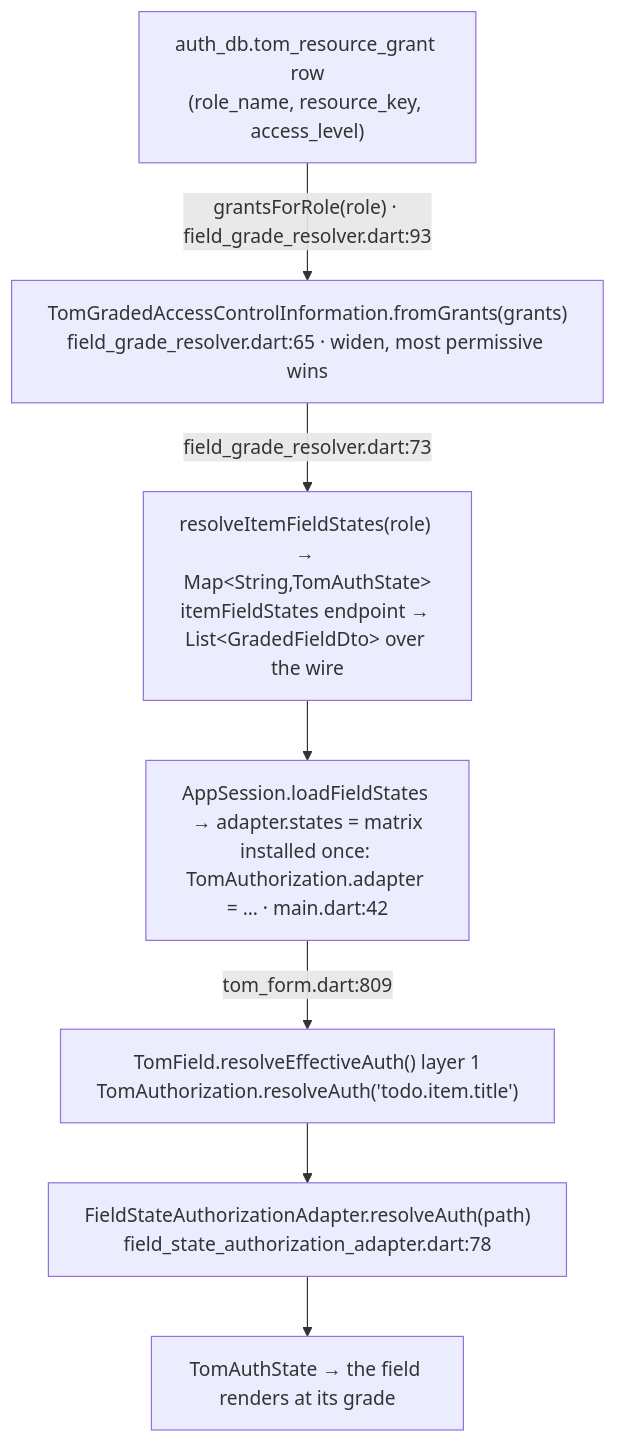
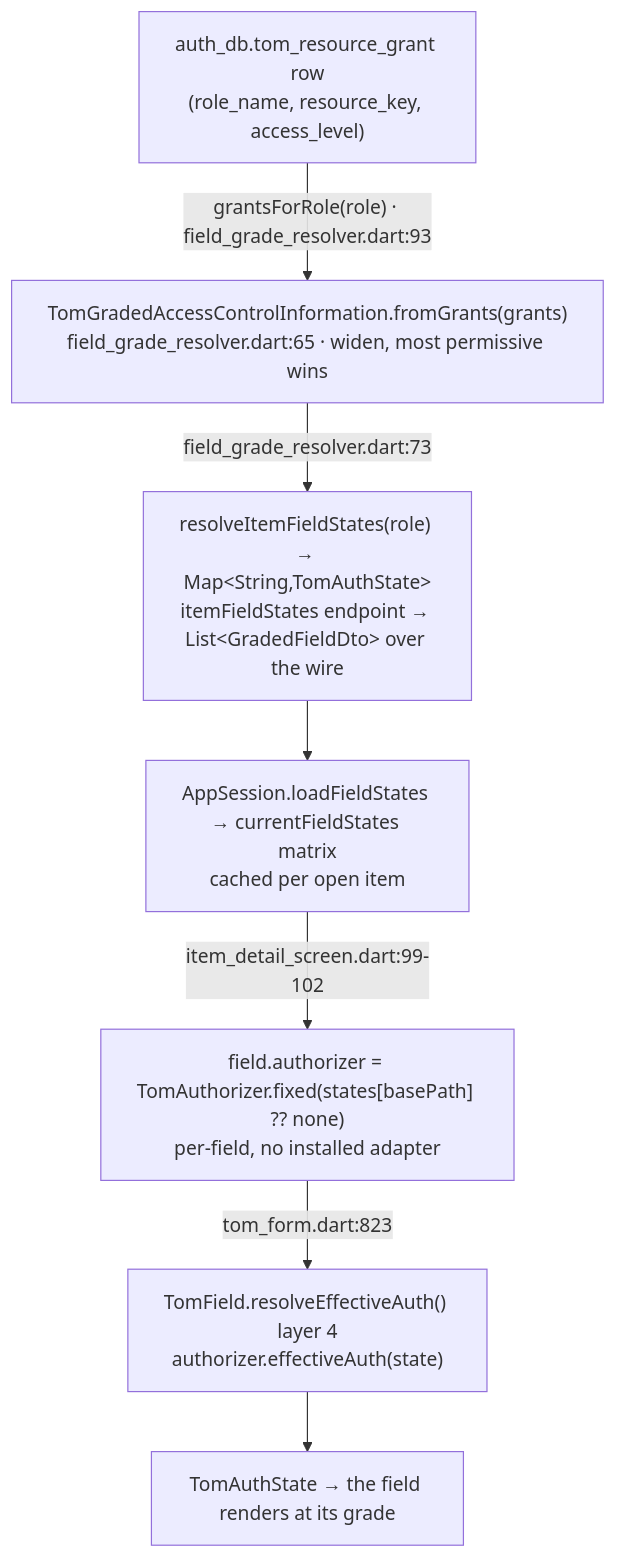
The diagram in tom_core_samples/README_advanced_A1_authorization_state_machine.md (al-the-bear/tom_core), drawn with Mermaid before and after one commit. The commit also changed other lines of this file and 8 other files, not shown here.

First line of the commit message:
docs(tom_core_samples): reconcile advanced guide to per-field authorization (RC6)

````diff
--- a/tom_core_samples/README_advanced_A1_authorization_state_machine.md
+++ b/tom_core_samples/README_advanced_A1_authorization_state_machine.md
@@ -134,9 +145,9 @@
 ```mermaid
 graph TB
   row["auth_db.tom_resource_grant row<br/>(role_name, resource_key, access_level)"] -- "grantsForRole(role) · field_grade_resolver.dart:93" --> fold["TomGradedAccessControlInformation.fromGrants(grants)<br/>field_grade_resolver.dart:65 · widen, most permissive wins"]
   fold -- "field_grade_resolver.dart:73" --> map["resolveItemFieldStates(role) → Map&lt;String,TomAuthState&gt;<br/>itemFieldStates endpoint → List&lt;GradedFieldDto&gt; over the wire"]
-  map --> adapter["AppSession.loadFieldStates → adapter.states = matrix<br/>installed once: TomAuthorization.adapter = … · main.dart:42"]
-  adapter -- "tom_form.dart:809" --> field["TomField.resolveEffectiveAuth() layer 1<br/>TomAuthorization.resolveAuth('todo.item.title')"]
-  field --> fsaa["FieldStateAuthorizationAdapter.resolveAuth(path)<br/>field_state_authorization_adapter.dart:78"]
-  fsaa --> state["TomAuthState → the field renders at its grade"]
+  map --> session["AppSession.loadFieldStates → currentFieldStates matrix<br/>cached per open item"]
+  session -- "item_detail_screen.dart:99-102" --> stamp["field.authorizer = TomAuthorizer.fixed(states[basePath] ?? none)<br/>per-field, no installed adapter"]
+  stamp -- "tom_form.dart:823" --> field["TomField.resolveEffectiveAuth() layer 4<br/>authorizer.effectiveAuth(state)"]
+  field --> state["TomAuthState → the field renders at its grade"]
 ```
````
